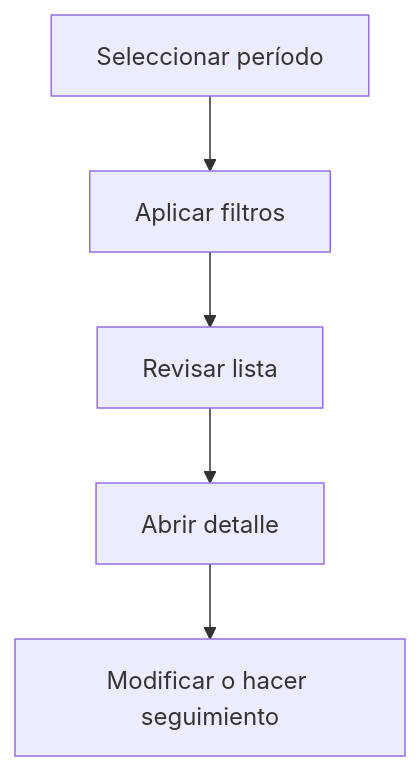
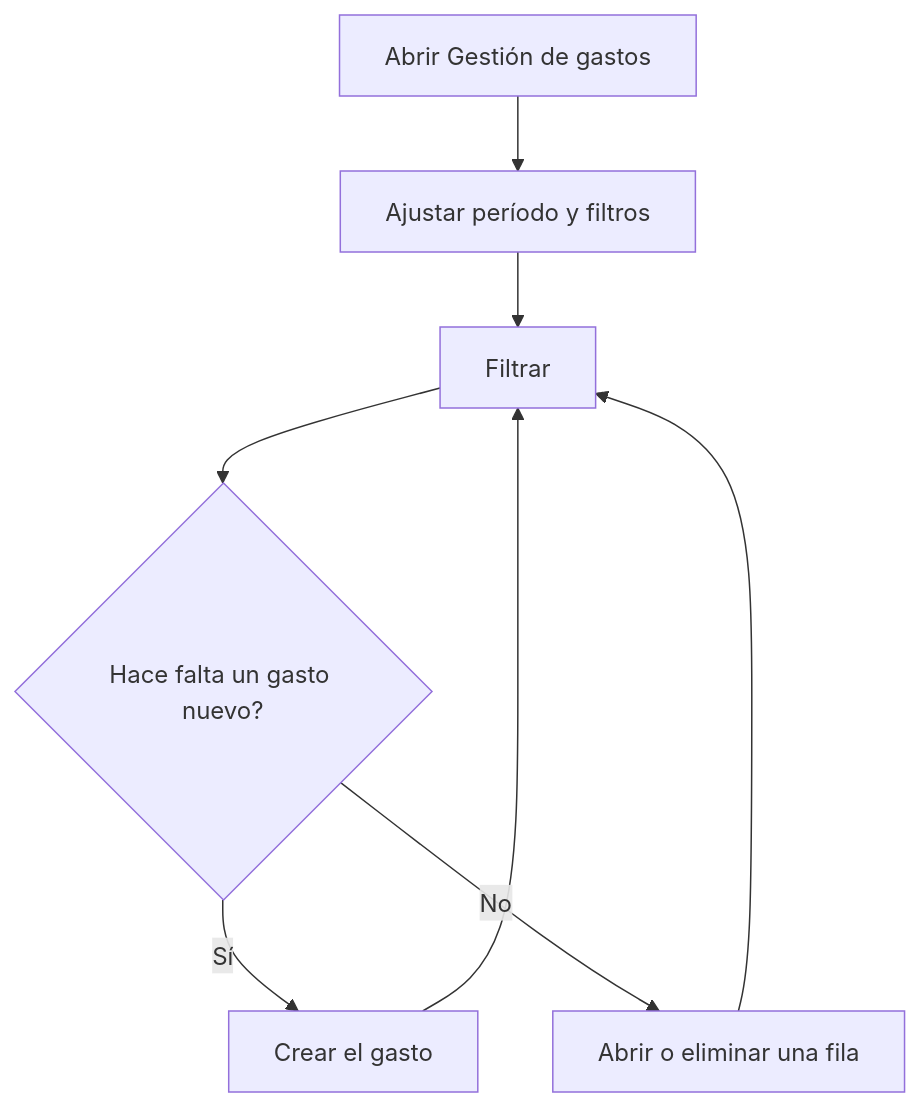
Before and after one commit to MGurtD/lilith: the diagram in frontend/src/help/es/purchase/expense/list.md, drawn with Mermaid. The commit also changed other lines of this file and 331 other files, not shown here.

````diff
--- a/frontend/src/help/es/purchase/expense/list.md
+++ b/frontend/src/help/es/purchase/expense/list.md
@@ -34,7 +40,10 @@
 ```mermaid
 flowchart TD
-    A[Seleccionar período] --> B[Aplicar filtros]
-    B --> C[Revisar lista]
-    C --> D[Abrir detalle]
-    D --> E[Modificar o hacer seguimiento]
+    A[Abrir Gestión de gastos] --> B[Ajustar período y filtros]
+    B --> C[Filtrar]
+    C --> D{Hace falta un gasto nuevo?}
+    D -->|Sí| E[Crear el gasto]
+    D -->|No| F[Abrir o eliminar una fila]
+    E --> C
+    F --> C
 ```
````
